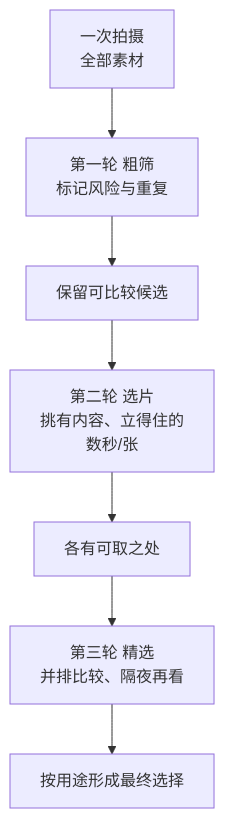
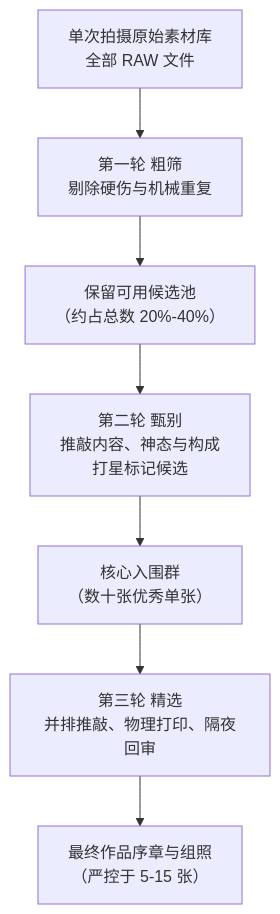
One commit to yingwang/photography-book changed the diagram in docs/14-edit-and-sustain.md. Above: the diagram before and after it, drawn with Mermaid. The commit also changed other lines of this file, not shown here.

````diff
--- a/docs/14-edit-and-sustain.md
+++ b/docs/14-edit-and-sustain.md
@@ -73,9 +79,9 @@
 ```mermaid
 graph TD
-    A["一次拍摄<br/>全部素材"] --> B["第一轮 粗筛<br/>标记风险与重复"]
-    B --> C["保留可比较候选"]
-    C --> D["第二轮 选片<br/>挑有内容、立得住的<br/>数秒/张"]
-    D --> E["各有可取之处"]
-    E --> F["第三轮 精选<br/>并排比较、隔夜再看"]
-    F --> G["按用途形成最终选择"]
+    A["单次拍摄原始素材库<br/>全部 RAW 文件"] --> B["第一轮 粗筛<br/>剔除硬伤与机械重复"]
+    B --> C["保留可用候选池<br/>（约占总数 20%-40%）"]
+    C --> D["第二轮 甄别<br/>推敲内容、神态与构成<br/>打星标记候选"]
+    D --> E["核心入围群<br/>（数十张优秀单张）"]
+    E --> F["第三轮 精选<br/>并排推敲、物理打印、隔夜回审"]
+    F --> G["最终作品序章与组照<br/>（严控于 5-15 张）"]
 ```
````
